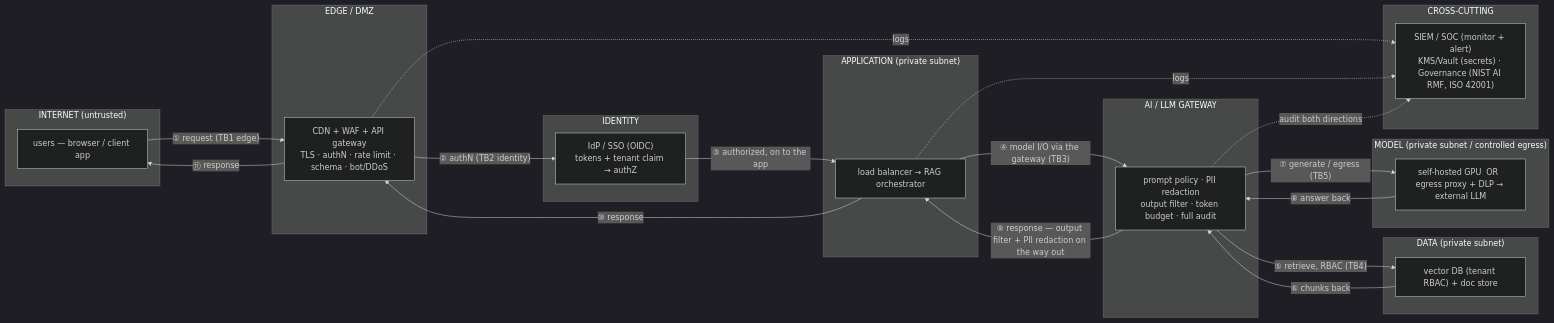
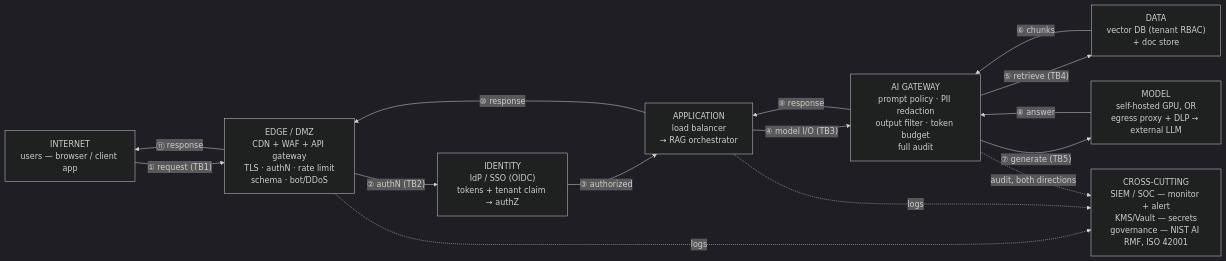
One commit to ryayres-fox/Security changed the seventh of 11 diagrams in lab-journal/rag-and-ai-probe.md. Above: the diagram before and after it, drawn with Mermaid (dark theme). The commit also changed other lines of this file and 5 other files, not shown here.

First line of the commit message:
Lab journal: legible diagrams, and the agentic-services page (#90)

````diff
--- a/lab-journal/rag-and-ai-probe.md
+++ b/lab-journal/rag-and-ai-probe.md
@@ -333,41 +341,25 @@
 ```mermaid
 graph LR
-  subgraph L0["INTERNET (untrusted)"]
-    U["users — browser / client app"]
-  end
-  subgraph L1["EDGE / DMZ"]
-    WAF["CDN + WAF + API gateway<br/>TLS · authN · rate limit · schema · bot/DDoS"]
-  end
-  subgraph L2["IDENTITY"]
-    IDP["IdP / SSO (OIDC)<br/>tokens + tenant claim → authZ"]
-  end
-  subgraph L3["APPLICATION (private subnet)"]
-    APP2["load balancer → RAG orchestrator"]
-  end
-  subgraph L4["AI / LLM GATEWAY"]
-    AIGW["prompt policy · PII redaction<br/>output filter · token budget · full audit"]
-  end
-  subgraph L5["DATA (private subnet)"]
-    VDB["vector DB (tenant RBAC) + doc store"]
-  end
-  subgraph L6["MODEL (private subnet / controlled egress)"]
-    MS["self-hosted GPU  OR  egress proxy + DLP → external LLM"]
-  end
-  subgraph LX["CROSS-CUTTING"]
-    SIEM["SIEM / SOC (monitor + alert)<br/>KMS/Vault (secrets) · Governance (NIST AI RMF, ISO 42001)"]
-  end
-  U -->|"① request (TB1 edge)"| WAF
-  WAF -->|"② authN (TB2 identity)"| IDP
-  IDP -->|"③ authorized, on to the app"| APP2
-  APP2 -->|"④ model I/O via the gateway (TB3)"| AIGW
-  AIGW -->|"⑤ retrieve, RBAC (TB4)"| VDB
-  VDB -->|"⑥ chunks back"| AIGW
-  AIGW -->|"⑦ generate / egress (TB5)"| MS
-  MS -->|"⑧ answer back"| AIGW
-  AIGW -->|"⑨ response — output filter + PII redaction on the way out"| APP2
+  U["INTERNET<br/>users — browser / client app"]
+  WAF["EDGE / DMZ<br/>CDN + WAF + API gateway<br/>TLS · authN · rate limit<br/>schema · bot/DDoS"]
+  IDP["IDENTITY<br/>IdP / SSO (OIDC)<br/>tokens + tenant claim → authZ"]
+  APP2["APPLICATION<br/>load balancer<br/>→ RAG orchestrator"]
+  AIGW["AI GATEWAY<br/>prompt policy · PII redaction<br/>output filter · token budget<br/>full audit"]
+  VDB["DATA<br/>vector DB (tenant RBAC)<br/>+ doc store"]
+  MS["MODEL<br/>self-hosted GPU, OR<br/>egress proxy + DLP → external LLM"]
+  SIEM["CROSS-CUTTING<br/>SIEM / SOC — monitor + alert<br/>KMS/Vault — secrets<br/>governance — NIST AI RMF, ISO 42001"]
+  U -->|"① request (TB1)"| WAF
+  WAF -->|"② authN (TB2)"| IDP
+  IDP -->|"③ authorized"| APP2
+  APP2 -->|"④ model I/O (TB3)"| AIGW
+  AIGW -->|"⑤ retrieve (TB4)"| VDB
+  VDB -->|"⑥ chunks"| AIGW
+  AIGW -->|"⑦ generate (TB5)"| MS
+  MS -->|"⑧ answer"| AIGW
+  AIGW -->|"⑨ response"| APP2
   APP2 -->|"⑩ response"| WAF
   WAF -->|"⑪ response"| U
-  WAF -.->|logs| SIEM
-  APP2 -.->|logs| SIEM
-  AIGW -.->|audit both directions| SIEM
+  WAF -.->|"logs"| SIEM
+  APP2 -.->|"logs"| SIEM
+  AIGW -.->|"audit, both directions"| SIEM
 ```
````
